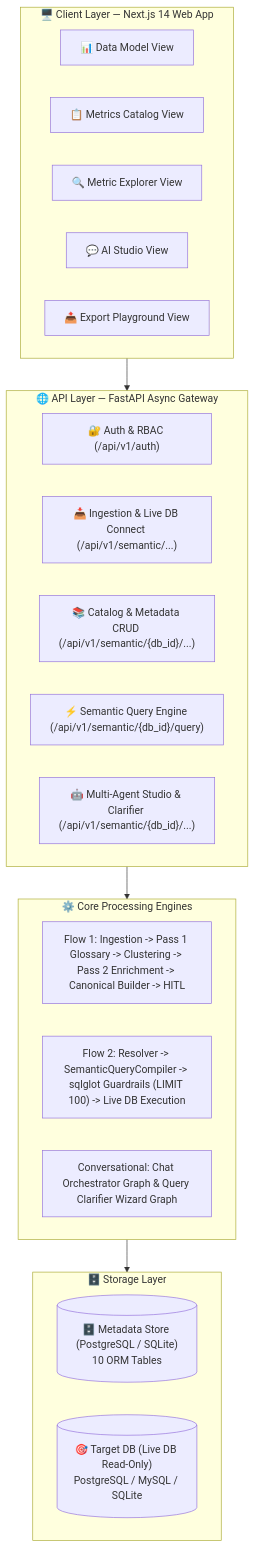
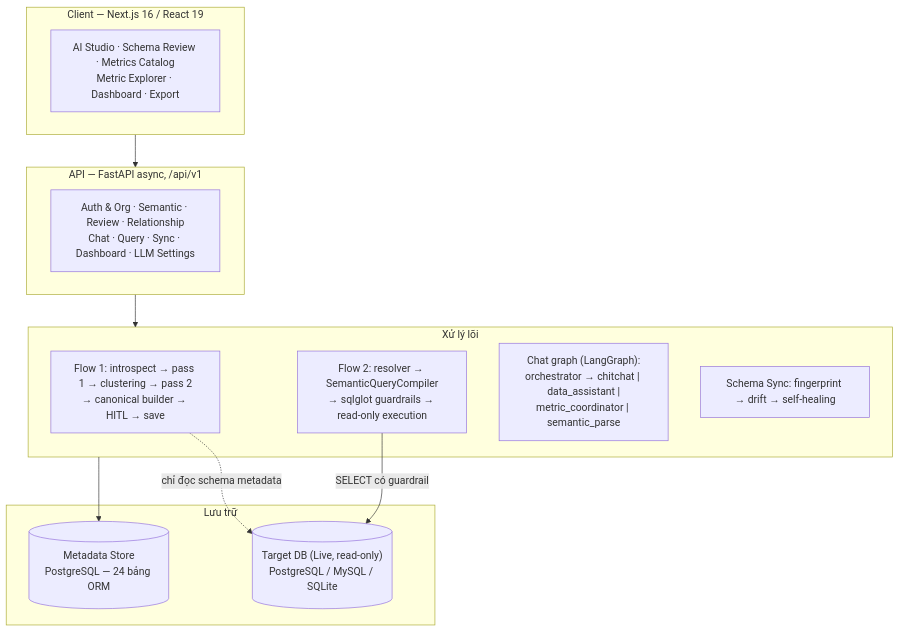
Before and after one commit to thanqpham/AI-Semantic-Layer-Team07: the diagram in README.md, drawn with Mermaid. The commit also changed other lines of this file and 2 other files, not shown here.

First line of the commit message:
Viết lại README, ARCHITECTURE và thêm PROJECT_STRUCTURE

````diff
--- a/README.md
+++ b/README.md
@@ -63,33 +66,27 @@
 ```mermaid
 graph TB
-    subgraph Client["🖥️ Client Layer — Next.js 14 Web App"]
-        V1["📊 Data Model View"]
-        V2["📋 Metrics Catalog View"]
-        V3["🔍 Metric Explorer View"]
-        V4["💬 AI Studio View"]
-        V5["📤 Export Playground View"]
+    subgraph Client["Client — Next.js 16 / React 19"]
+        V["AI Studio · Schema Review · Metrics Catalog<br/>Metric Explorer · Dashboard · Export"]
     end
 
-    subgraph API["🌐 API Layer — FastAPI Async Gateway"]
-        A1["🔐 Auth & RBAC (/api/v1/auth)"]
-        A2["📥 Ingestion & Live DB Connect (/api/v1/semantic/...)"]
-        A3["📚 Catalog & Metadata CRUD (/api/v1/semantic/{db_id}/...)"]
-        A4["⚡ Semantic Query Engine (/api/v1/semantic/{db_id}/query)"]
-        A5["🤖 Multi-Agent Studio & Clarifier (/api/v1/semantic/{db_id}/...)"]
+    subgraph API["API — FastAPI async, /api/v1"]
+        A["Auth & Org · Semantic · Review · Relationship<br/>Chat · Query · Sync · Dashboard · LLM Settings"]
     end
 
-    subgraph Pipelines["⚙️ Core Processing Engines"]
-        P_F1["Flow 1: Ingestion -> Pass 1 Glossary -> Clustering -> Pass 2 Enrichment -> Canonical Builder -> HITL"]
-        P_F2["Flow 2: Resolver -> SemanticQueryCompiler -> sqlglot Guardrails (LIMIT 100) -> Live DB Execution"]
-        P_AG["Conversational: Chat Orchestrator Graph & Query Clarifier Wizard Graph"]
+    subgraph Core["Xử lý lõi"]
+        F1["Flow 1: introspect → pass 1 → clustering → pass 2<br/>→ canonical builder → HITL → save"]
+        F2["Flow 2: resolver → SemanticQueryCompiler<br/>→ sqlglot guardrails → read-only execution"]
+        CH["Chat graph (LangGraph):<br/>orchestrator → chitchat | data_assistant |<br/>metric_coordinator | semantic_parse"]
+        SY["Schema Sync: fingerprint → drift → self-healing"]
     end
 
-    subgraph Storage["🗄️ Storage Layer"]
-        METADB[("🗄️ Metadata Store (PostgreSQL / SQLite)\n10 ORM Tables")]
-        TARGET[("🎯 Target DB (Live DB Read-Only)\nPostgreSQL / MySQL / SQLite")]
+    subgraph Store["Lưu trữ"]
+        META[("Metadata Store<br/>PostgreSQL — 24 bảng ORM")]
+        TARGET[("Target DB (Live, read-only)<br/>PostgreSQL / MySQL / SQLite")]
     end
 
-    Client --> API
-    API --> Pipelines
-    Pipelines --> Storage
+    Client --> API --> Core
+    Core --> META
+    F1 -. "chỉ đọc schema metadata" .-> TARGET
+    F2 -- "SELECT có guardrail" --> TARGET
 ```
````
